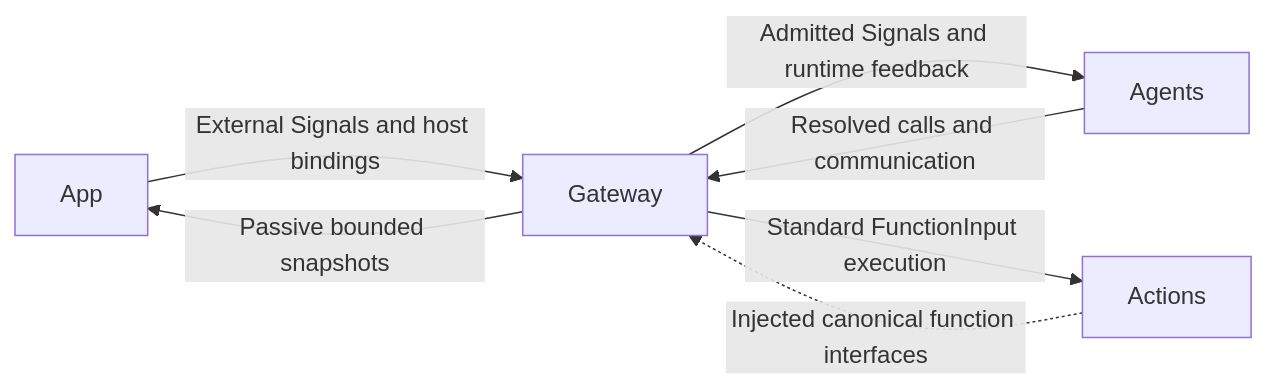
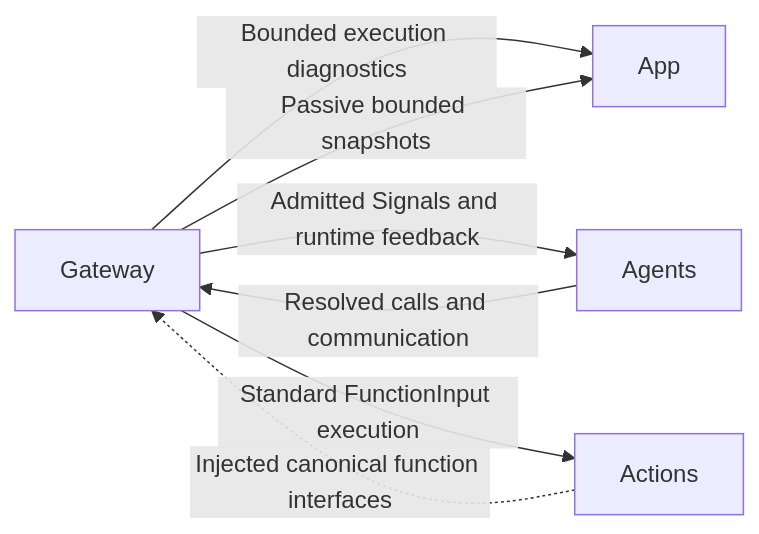
Before and after one commit to devilyouwei/MobileHarness: the first of 2 diagrams in MobileHarness/Gateway/README.md, drawn with Mermaid. The commit also changed other lines of this file and 483 other files, not shown here.

````diff
--- a/MobileHarness/Gateway/README.md
+++ b/MobileHarness/Gateway/README.md
@@ -15,9 +15,9 @@
 ```mermaid
 flowchart LR
- App -->|External Signals and host bindings| Gateway
+ Gateway -->|Bounded execution diagnostics| App
  Gateway -->|Admitted Signals and runtime feedback| Agents
  Agents -->|Resolved calls and communication| Gateway
  Actions -.->|Injected canonical function interfaces| Gateway
  Gateway -->|Standard FunctionInput execution| Actions
  Gateway -->|Passive bounded snapshots| App
 ```
````
